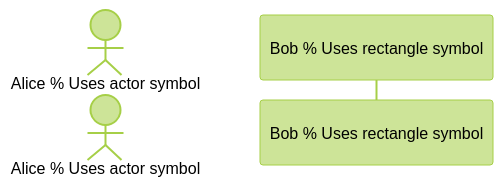
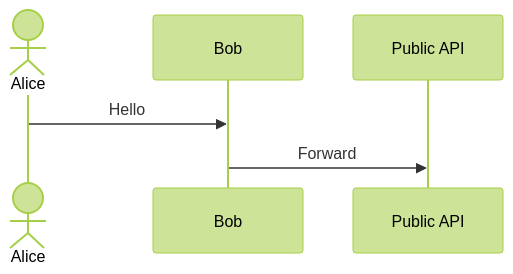
One commit to hgrabows/diagrammer-skills changed the third of 19 diagrams in skills/diagrammer/specs/mermaid/sequenceDiagram.md. Above: the diagram before and after it, drawn with Mermaid (forest theme). The commit also changed other lines of this file and 25 other files, not shown here.

First line of the commit message:
feat: support Mermaid 12 and add ten diagram types

````diff
--- a/skills/diagrammer/specs/mermaid/sequenceDiagram.md
+++ b/skills/diagrammer/specs/mermaid/sequenceDiagram.md
@@ -50,5 +66,8 @@
 ```mermaid
 sequenceDiagram
-    actor Alice      % Uses actor symbol
-    participant Bob     % Uses rectangle symbol
+    actor Alice
+    participant Bob
+    participant API as Public API
+    Alice->>Bob: Hello
+    Bob->>API: Forward
 ```
````
